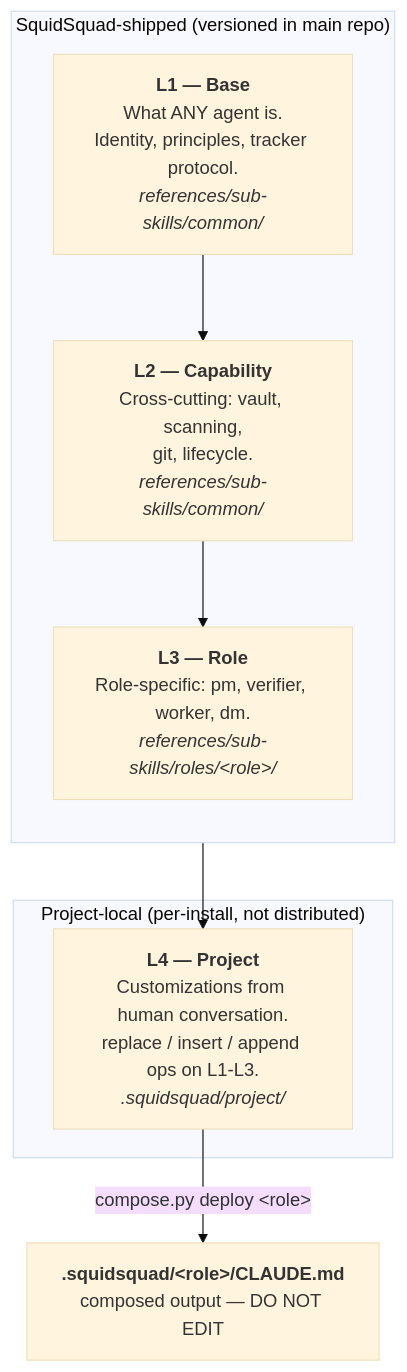
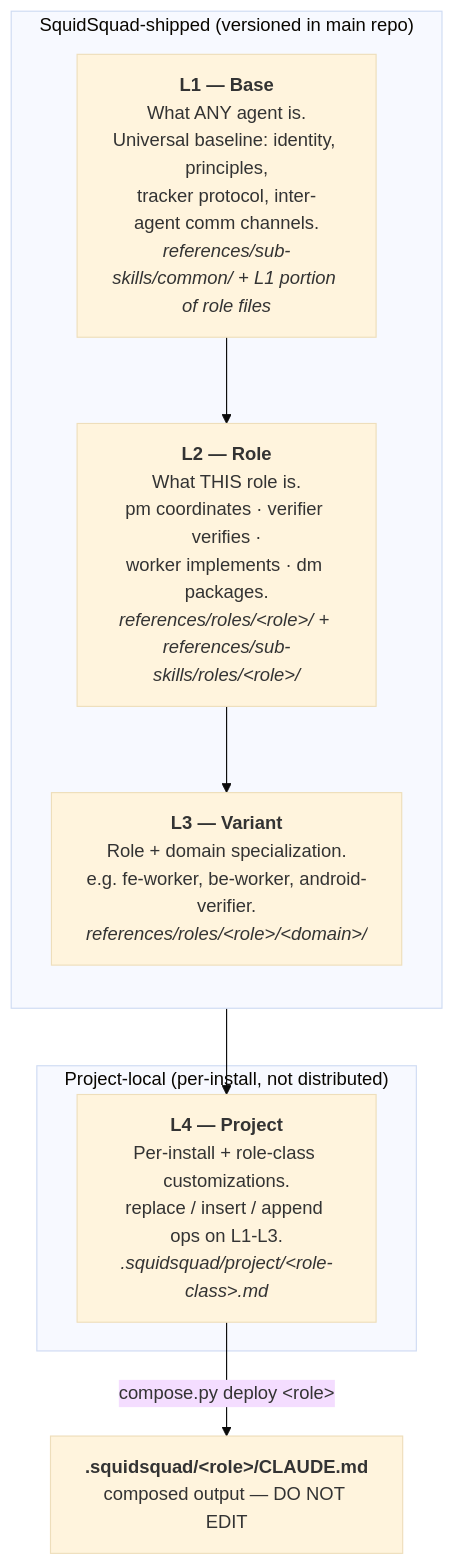
The second of 9 diagrams in docs/COMPOSE-ARCHITECTURE.md (WallyDoodlez/SquidSquad), drawn with Mermaid (base theme) before and after one commit. The commit also changed other lines of this file, not shown here.

````diff
--- a/docs/COMPOSE-ARCHITECTURE.md
+++ b/docs/COMPOSE-ARCHITECTURE.md
@@ -77,15 +79,15 @@
 ```mermaid
 flowchart TB
   subgraph SHIP["SquidSquad-shipped (versioned in main repo)"]
     direction TB
-    L1["<b>L1 — Base</b><br/>What ANY agent is.<br/>Identity, principles, tracker protocol.<br/><i>references/sub-skills/common/</i>"]
-    L2["<b>L2 — Capability</b><br/>Cross-cutting: vault, scanning,<br/>git, lifecycle.<br/><i>references/sub-skills/common/</i>"]
-    L3["<b>L3 — Role</b><br/>Role-specific: pm, verifier, worker, dm.<br/><i>references/sub-skills/roles/&lt;role&gt;/</i>"]
+    L1["<b>L1 — Base</b><br/>What ANY agent is.<br/>Universal baseline: identity, principles,<br/>tracker protocol, inter-agent comm channels.<br/><i>references/sub-skills/common/ + L1 portion of role files</i>"]
+    L2["<b>L2 — Role</b><br/>What THIS role is.<br/>pm coordinates · verifier verifies ·<br/>worker implements · dm packages.<br/><i>references/roles/&lt;role&gt;/ + references/sub-skills/roles/&lt;role&gt;/</i>"]
+    L3["<b>L3 — Variant</b><br/>Role + domain specialization.<br/>e.g. fe-worker, be-worker, android-verifier.<br/><i>references/roles/&lt;role&gt;/&lt;domain&gt;/</i>"]
     L1 --> L2 --> L3
   end
   subgraph LOCAL["Project-local (per-install, not distributed)"]
-    L4["<b>L4 — Project</b><br/>Customizations from human conversation.<br/>replace / insert / append ops on L1-L3.<br/><i>.squidsquad/project/</i>"]
+    L4["<b>L4 — Project</b><br/>Per-install + role-class customizations.<br/>replace / insert / append ops on L1-L3.<br/><i>.squidsquad/project/&lt;role-class&gt;.md</i>"]
   end
   L3 --> L4
   L4 -->|"compose.py deploy &lt;role&gt;"| OUT["<b>.squidsquad/&lt;role&gt;/CLAUDE.md</b><br/>composed output — DO NOT EDIT"]
 ```
````
